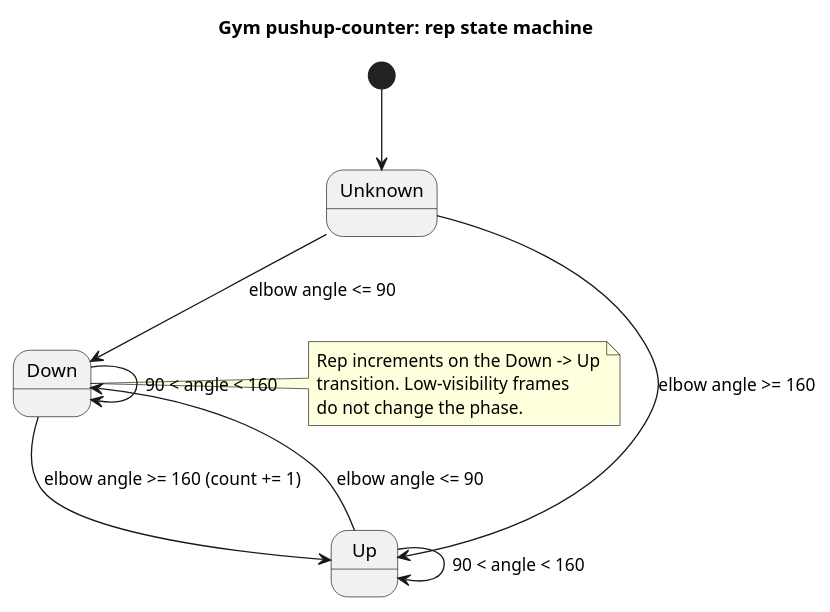
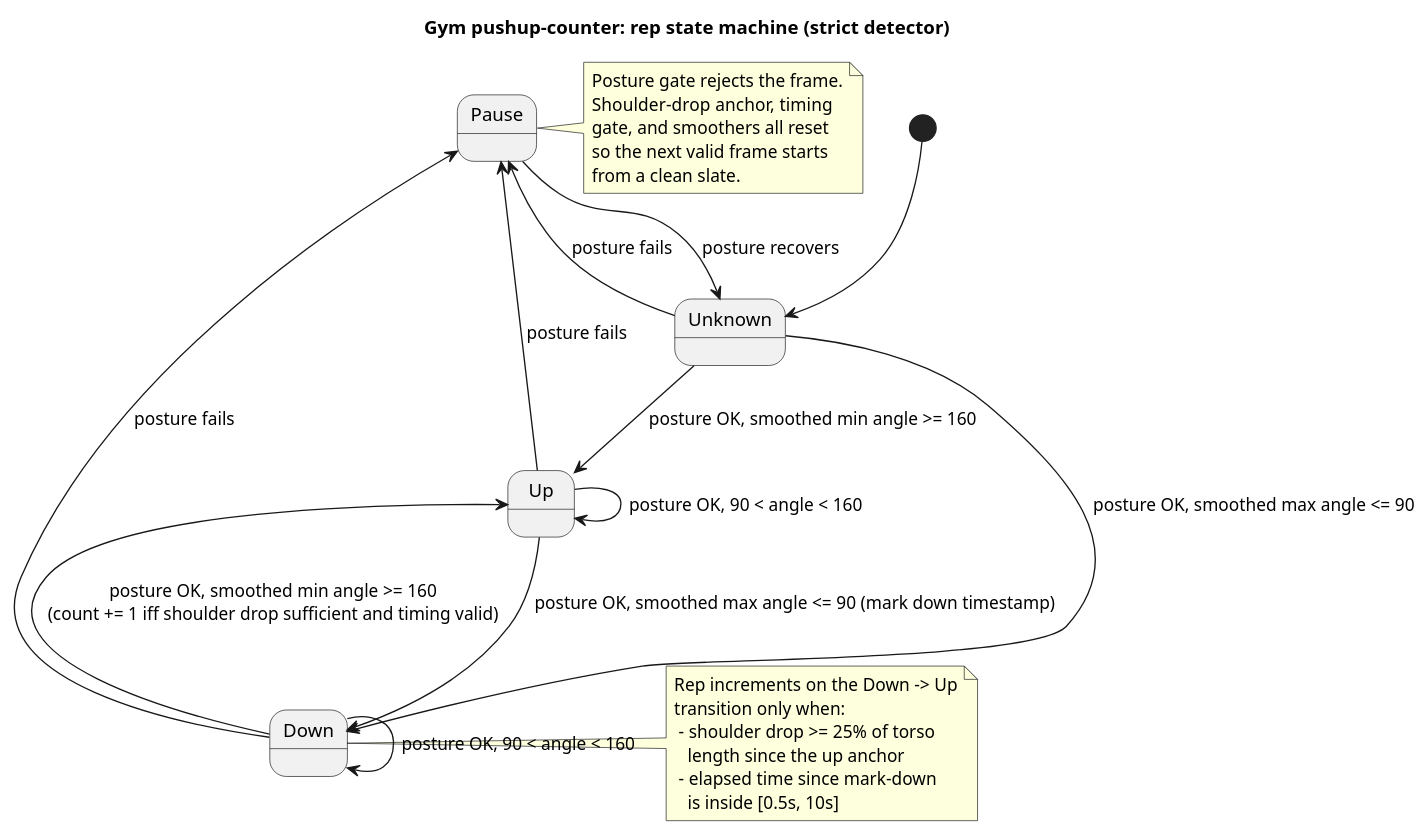
The diagram in docs/uml/pushup-counter/state-counter.puml (bobosiband/Gym), drawn with PlantUML before and after one commit. The commit also changed 22 other files, not shown here.

First line of the commit message:
feat(pushup-counter): strict rep detection and skeleton overlay (#30)

```diff
--- a/docs/uml/pushup-counter/state-counter.puml
+++ b/docs/uml/pushup-counter/state-counter.puml
@@ -1,21 +1,38 @@
 @startuml
-title Gym pushup-counter: rep state machine
+title Gym pushup-counter: rep state machine (strict detector)
 
 [*] --> Unknown
 
-Unknown --> Up : elbow angle >= 160
-Unknown --> Down : elbow angle <= 90
+Unknown --> Up : posture OK, smoothed min angle >= 160
+Unknown --> Down : posture OK, smoothed max angle <= 90
 
-Up --> Down : elbow angle <= 90
-Down --> Up : elbow angle >= 160 (count += 1)
+Up --> Down : posture OK, smoothed max angle <= 90 (mark down timestamp)
+Down --> Up : posture OK, smoothed min angle >= 160\n(count += 1 iff shoulder drop sufficient and timing valid)
 
-Up --> Up : 90 < angle < 160
-Down --> Down : 90 < angle < 160
+Up --> Pause : posture fails
+Down --> Pause : posture fails
+Unknown --> Pause : posture fails
+
+Pause --> Unknown : posture recovers
+
+Up --> Up : posture OK, 90 < angle < 160
+Down --> Down : posture OK, 90 < angle < 160
+
+note right of Pause
+  Posture gate rejects the frame.
+  Shoulder-drop anchor, timing
+  gate, and smoothers all reset
+  so the next valid frame starts
+  from a clean slate.
+end note
 
 note right of Down
   Rep increments on the Down -> Up
-  transition. Low-visibility frames
-  do not change the phase.
+  transition only when:
+   - shoulder drop >= 25% of torso
+     length since the up anchor
+   - elapsed time since mark-down
+     is inside [0.5s, 10s]
 end note
 
 @enduml
```
